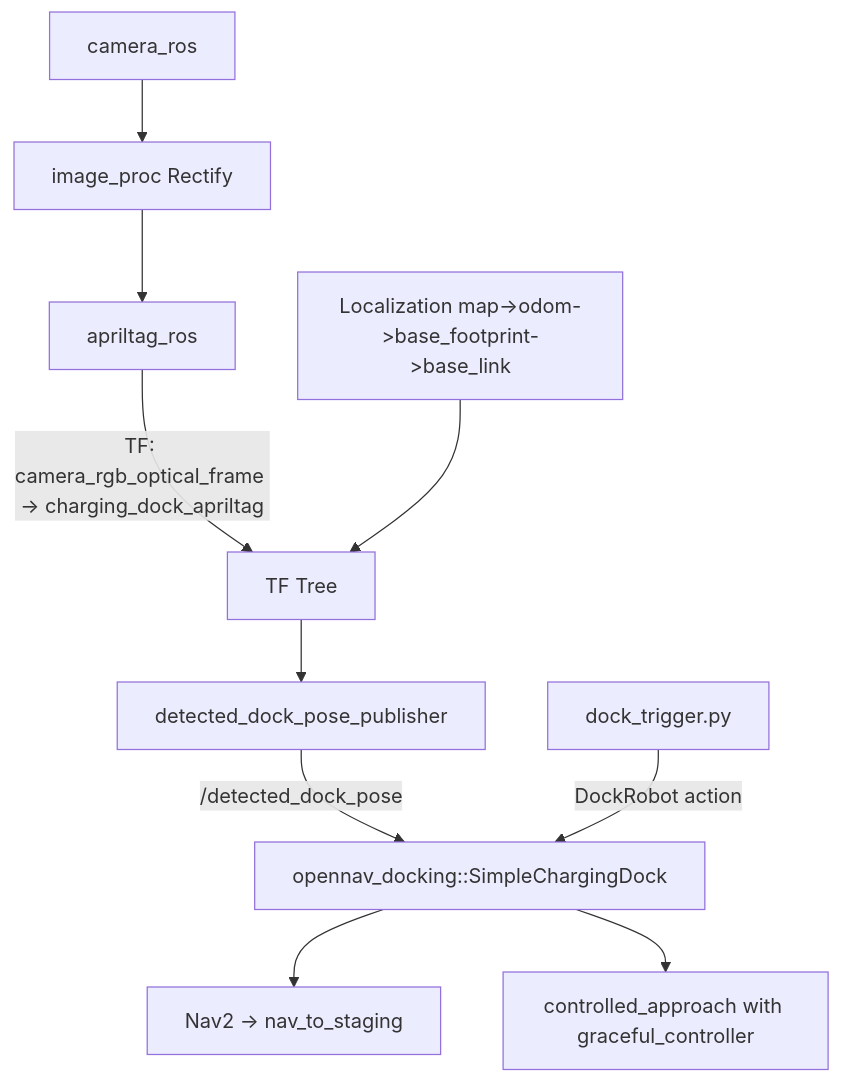
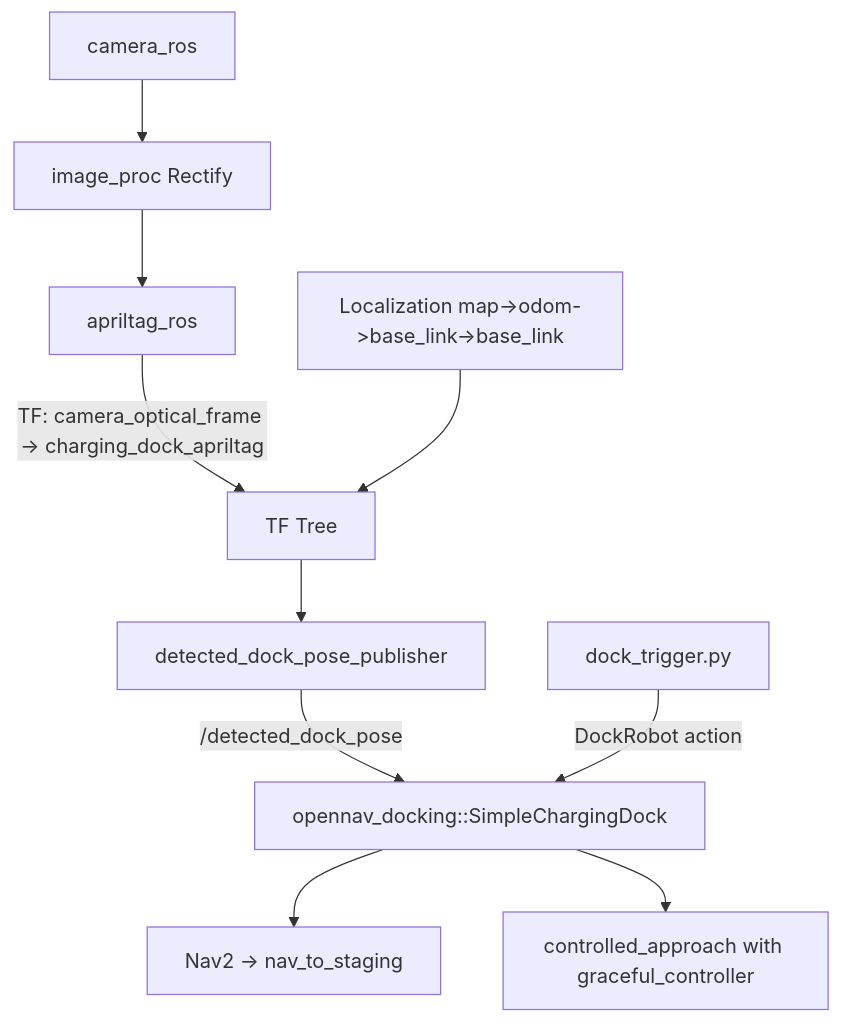
One commit to rajindulkar22/openamr-platform-sw changed the first of 2 diagrams in ros2/src/openamrobot_docking/docs/02_architecture.md. Above: the diagram before and after it, drawn with Mermaid. The commit also changed other lines of this file and 22 other files, not shown here.

````diff
--- a/ros2/src/openamrobot_docking/docs/02_architecture.md
+++ b/ros2/src/openamrobot_docking/docs/02_architecture.md
@@ -164,12 +164,12 @@
 ```mermaid
 graph TD
   CAM[camera_ros] --> RECT[image_proc Rectify]
   RECT --> TAG[apriltag_ros]
-  TAG -->|TF: camera_rgb_optical_frame -> charging_dock_apriltag| TF2[TF Tree]
-  LOC[Localization map->odom->base_footprint->base_link] --> TF2
+  TAG -->|TF: camera_optical_frame -> charging_dock_apriltag| TF2[TF Tree]
+  LOC[Localization map->odom->base_link->base_link] --> TF2
   TF2 --> DET[detected_dock_pose_publisher]
   DET -->|/detected_dock_pose| DOCK[opennav_docking::SimpleChargingDock]
   TRIG[dock_trigger.py] -->|DockRobot action| DOCK
   DOCK --> NAV[Nav2 -> nav_to_staging]
   DOCK --> APP[controlled_approach with graceful_controller]
 ```
````
